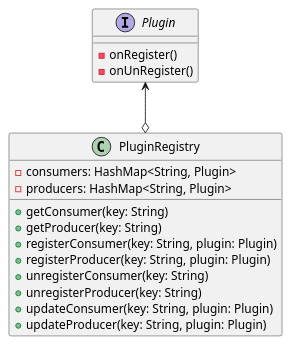
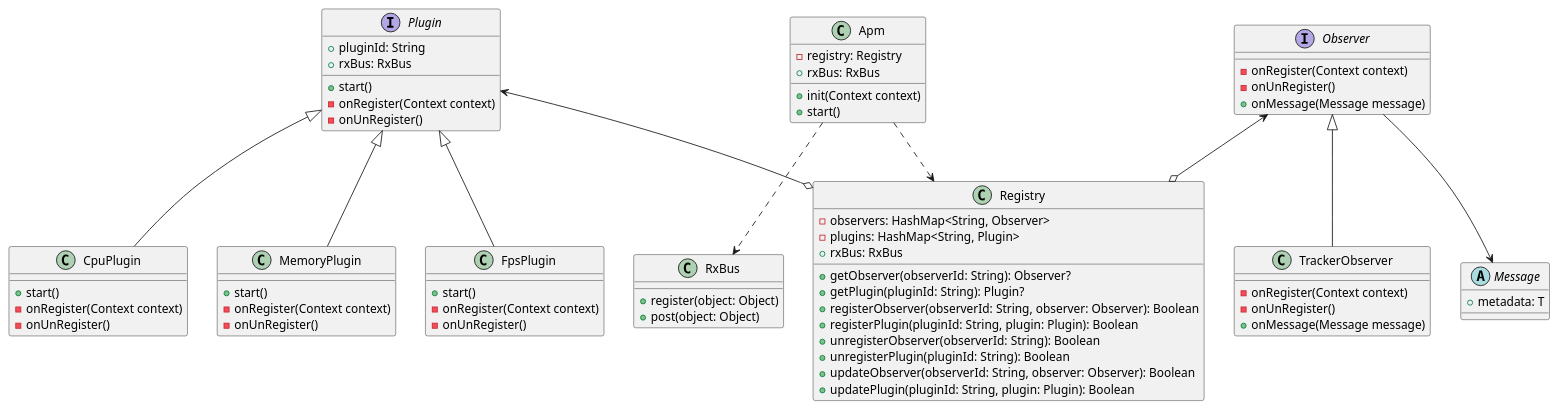
Before and after one commit to BATTERIA/JustDo: the diagram in uml/class.puml, drawn with PlantUML. The commit also changed 14 other files, not shown here.

```diff
--- a/uml/class.puml
+++ b/uml/class.puml
@@ -1,21 +1,87 @@
 @startuml
-class PluginRegistry {
-    -consumers: HashMap<String, Plugin>
-    -producers: HashMap<String, Plugin>
-    +getConsumer(key: String)
-    +getProducer(key: String)
-    +registerConsumer(key: String, plugin: Plugin)
-    +registerProducer(key: String, plugin: Plugin)
-    +unregisterConsumer(key: String)
-    +unregisterProducer(key: String)
-    +updateConsumer(key: String, plugin: Plugin)
-    +updateProducer(key: String, plugin: Plugin)
+
+class Apm {
+    -registry: Registry
+    +rxBus: RxBus
+    +init(Context context)
+    +start()
+}
+Apm ..> Registry
+Apm ..> RxBus
+
+class Registry {
+    -observers: HashMap<String, Observer>
+    -plugins: HashMap<String, Plugin>
+    +rxBus: RxBus
+    + getObserver(observerId: String): Observer?
+    + getPlugin(pluginId: String): Plugin?
+    + registerObserver(observerId: String, observer: Observer): Boolean
+    + registerPlugin(pluginId: String, plugin: Plugin): Boolean
+    + unregisterObserver(observerId: String): Boolean
+    + unregisterPlugin(pluginId: String): Boolean
+    + updateObserver(observerId: String, observer: Observer): Boolean
+    + updatePlugin(pluginId: String, plugin: Plugin): Boolean
 }
 
 interface Plugin {
-    -onRegister()
+    +pluginId: String
+    +rxBus: RxBus
+    +start()
+    -onRegister(Context context)
     -onUnRegister()
 }
 
-Plugin <-down-o PluginRegistry
+interface Observer {
+    -onRegister(Context context)
+    -onUnRegister()
+    +onMessage(Message message)
+}
+
+Observer --> Message
+
+'Observer --> RxBus
+
+abstract class Message {
+    +metadata: T
+}
+
+class RxBus {
+    +register(object: Object)
+    +post(object: Object)
+}
+
+Plugin <-down-o Registry
+
+Observer <-down-o Registry
+
+
+class CpuPlugin {
+    +start()
+    -onRegister(Context context)
+    -onUnRegister()
+}
+class MemoryPlugin {
+     +start()
+   -onRegister(Context context)
+    -onUnRegister()
+}
+class FpsPlugin {
+    +start()
+    -onRegister(Context context)
+    -onUnRegister()
+}
+CpuPlugin -up-|> Plugin
+
+MemoryPlugin -up-|> Plugin
+
+FpsPlugin -up-|> Plugin
+
+
+class TrackerObserver {
+    -onRegister(Context context)
+    -onUnRegister()
+    +onMessage(Message message)
+}
+
+TrackerObserver -up-|> Observer
 @enduml
```
